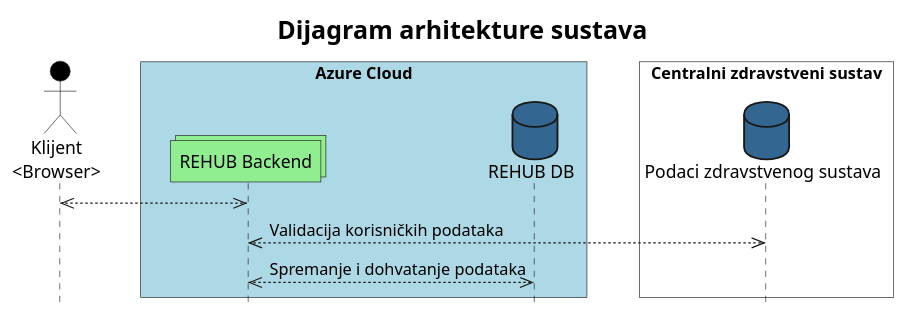
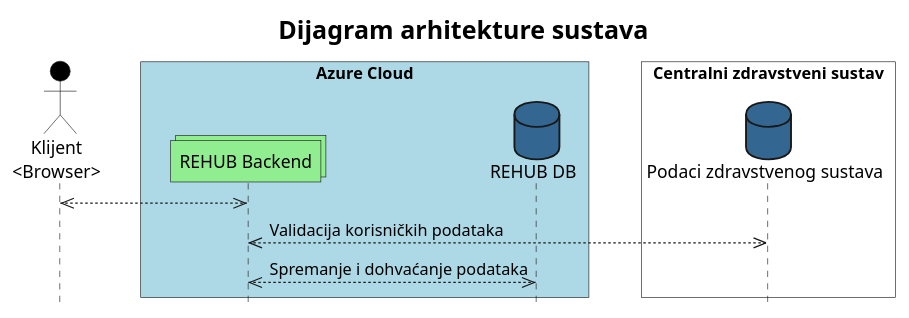
Before and after one commit to 7smurfs/rehub-documentation: the diagram in diagrams/architecture_diagram.puml, drawn with PlantUML.

Commit message:
HOTFIX: fix grammar mistake

```diff
--- a/diagrams/architecture_diagram.puml
+++ b/diagrams/architecture_diagram.puml
@@ -1,23 +1,23 @@
 @startuml
 title Dijagram arhitekture sustava
 
 skinparam TitleFontSize 20
 skinparam ParticipantPadding 20
 skinparam BoxPadding 20
 hide footbox
 
 actor "Klijent\n<Browser>" as client #000000
 
 box "Azure Cloud" #ADD8E6
   collections rehub_hub as "REHUB Backend" #90EE90
   database rehub_db as "REHUB DB" #336791
 end box
 
 box "Centralni zdravstveni sustav" #FFFFFF
   database patient_db as "Podaci zdravstvenog sustava" #336791
 end box
 
 client <<-->> rehub_hub
 & rehub_hub <<-->> patient_db : Validacija korisničkih podataka
-& rehub_hub <<-->> rehub_db : Spremanje i dohvatanje podataka
+& rehub_hub <<-->> rehub_db : Spremanje i dohvaćanje podataka
 @enduml
```
